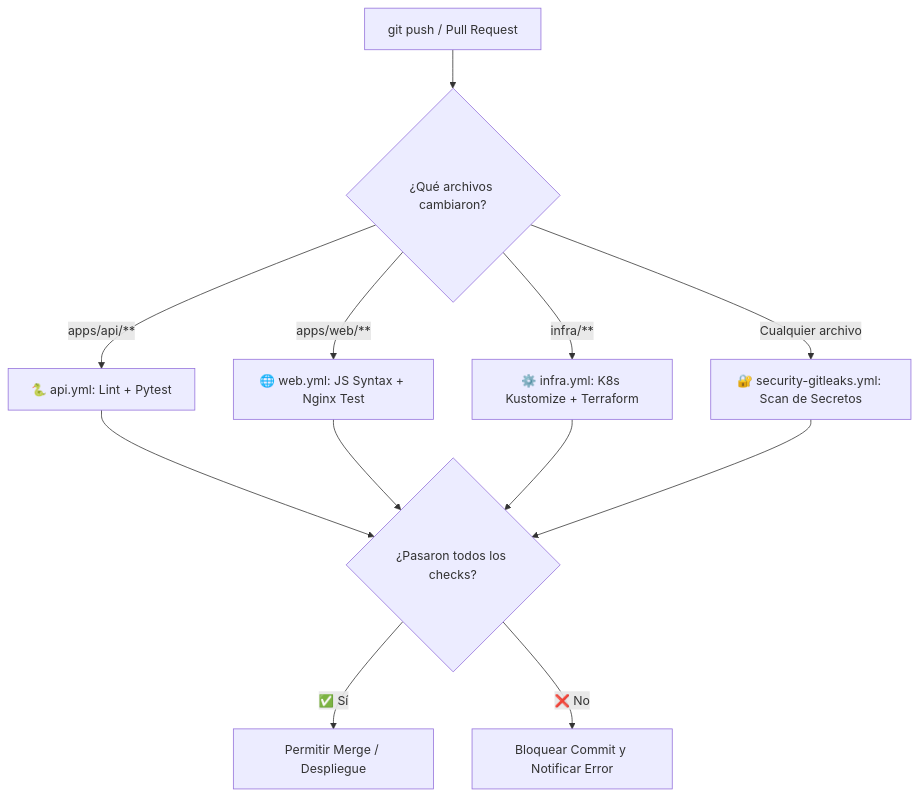
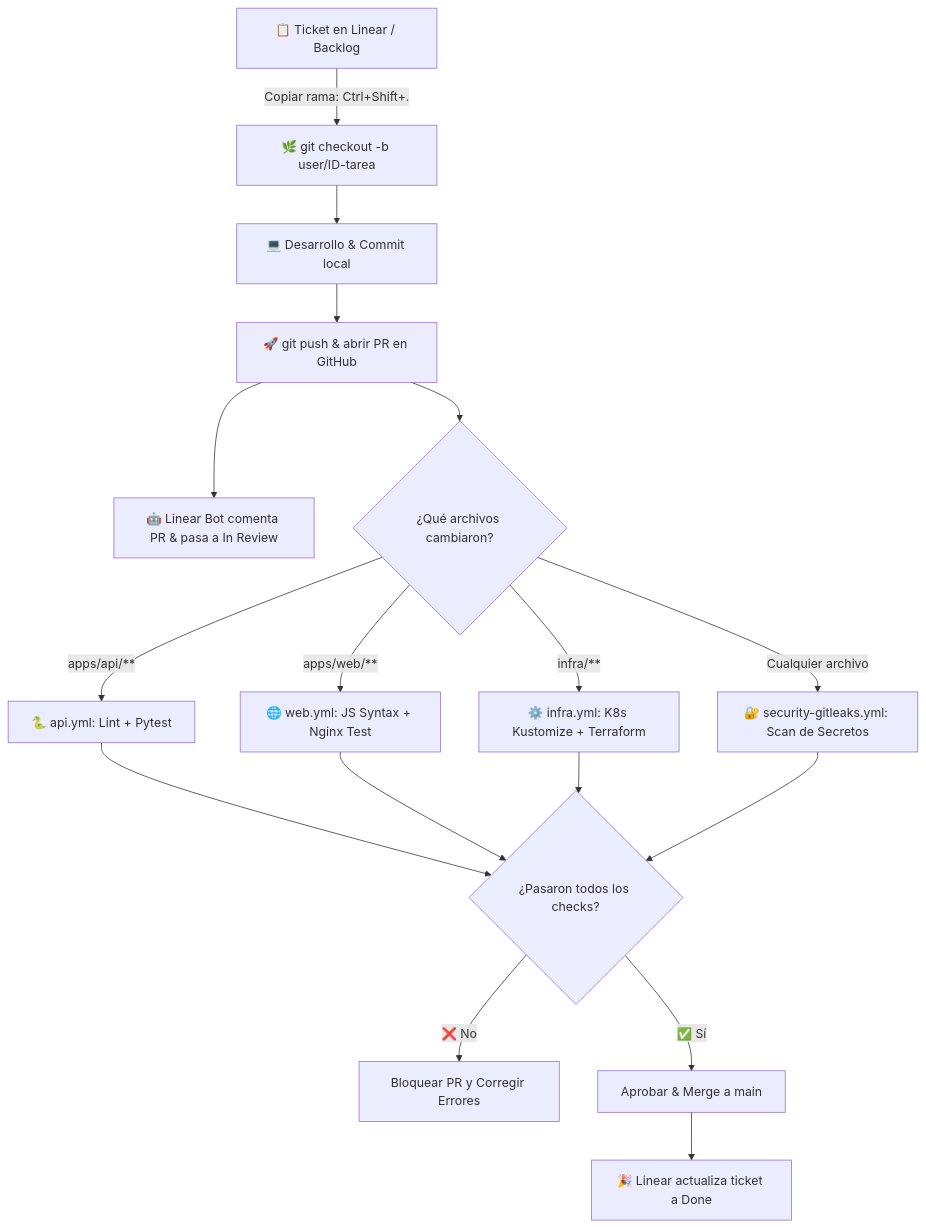
One commit to rocapellino/pokedex changed the diagram in docs/devops/GITHUB_WORKFLOWS_GUIDE.md. Above: the diagram before and after it, drawn with Mermaid. The commit also changed other lines of this file, not shown here.

Commit message:
docs(devops): document Linear integration workflow and update decision diagram

````diff
--- a/docs/devops/GITHUB_WORKFLOWS_GUIDE.md
+++ b/docs/devops/GITHUB_WORKFLOWS_GUIDE.md
@@ -95,17 +115,24 @@
 ```mermaid
 graph TD
-    A[git push / Pull Request] --> B{¿Qué archivos cambiaron?}
+    LIN[📋 Ticket en Linear / Backlog] -->|Copiar rama: Ctrl+Shift+.| BR[🌿 git checkout -b user/ID-tarea]
+    BR --> DEV[💻 Desarrollo & Commit local]
+    DEV --> PUSH[🚀 git push & abrir PR en GitHub]
+    
+    PUSH --> BOT[🤖 Linear Bot comenta PR & pasa a In Review]
+    PUSH --> B{¿Qué archivos cambiaron?}
     
     B -->|apps/api/**| C[🐍 api.yml: Lint + Pytest]
     B -->|apps/web/**| D[🌐 web.yml: JS Syntax + Nginx Test]
     B -->|infra/**| E[⚙️ infra.yml: K8s Kustomize + Terraform]
     B -->|Cualquier archivo| F[🔐 security-gitleaks.yml: Scan de Secretos]
     
     C --> G{¿Pasaron todos los checks?}
     D --> G
     E --> G
     F --> G
     
-    G -->|✅ Sí| H[Permitir Merge / Despliegue]
-    G -->|❌ No| I[Bloquear Commit y Notificar Error]
+    G -->|❌ No| I[Bloquear PR y Corregir Errores]
+    G -->|✅ Sí| H[Aprobar & Merge a main]
+    
+    H --> DONE[🎉 Linear actualiza ticket a Done]
 ```
````
